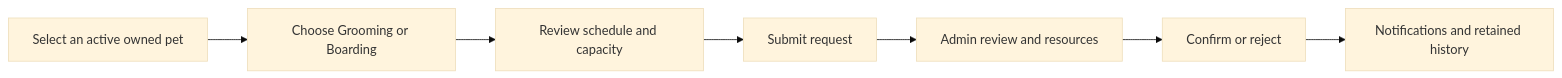
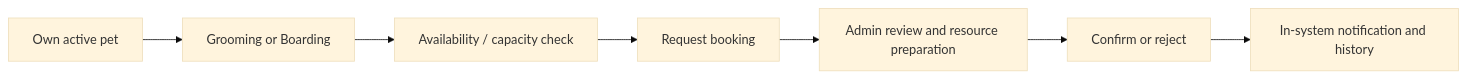
The diagram in docs/workflows/README.md (AhmdSahilNr/PetOps), drawn with Mermaid (base theme) before and after one commit. The commit also changed other lines of this file and 166 other files, not shown here.

````diff
--- a/docs/workflows/README.md
+++ b/docs/workflows/README.md
@@ -5,9 +7,9 @@
 ```mermaid
 flowchart LR
-    Pet[Select an active owned pet] --> Service[Choose Grooming or Boarding]
-    Service --> Availability[Review schedule and capacity]
-    Availability --> Request[Submit request]
-    Request --> Review[Admin review and resources]
+    Pet[Own active pet] --> Type[Grooming or Boarding]
+    Type --> Check[Availability / capacity check]
+    Check --> Request[Request booking]
+    Request --> Review[Admin review and resource preparation]
     Review --> Decision[Confirm or reject]
-    Decision --> History[Notifications and retained history]
+    Decision --> Notify[In-system notification and history]
 ```
````
